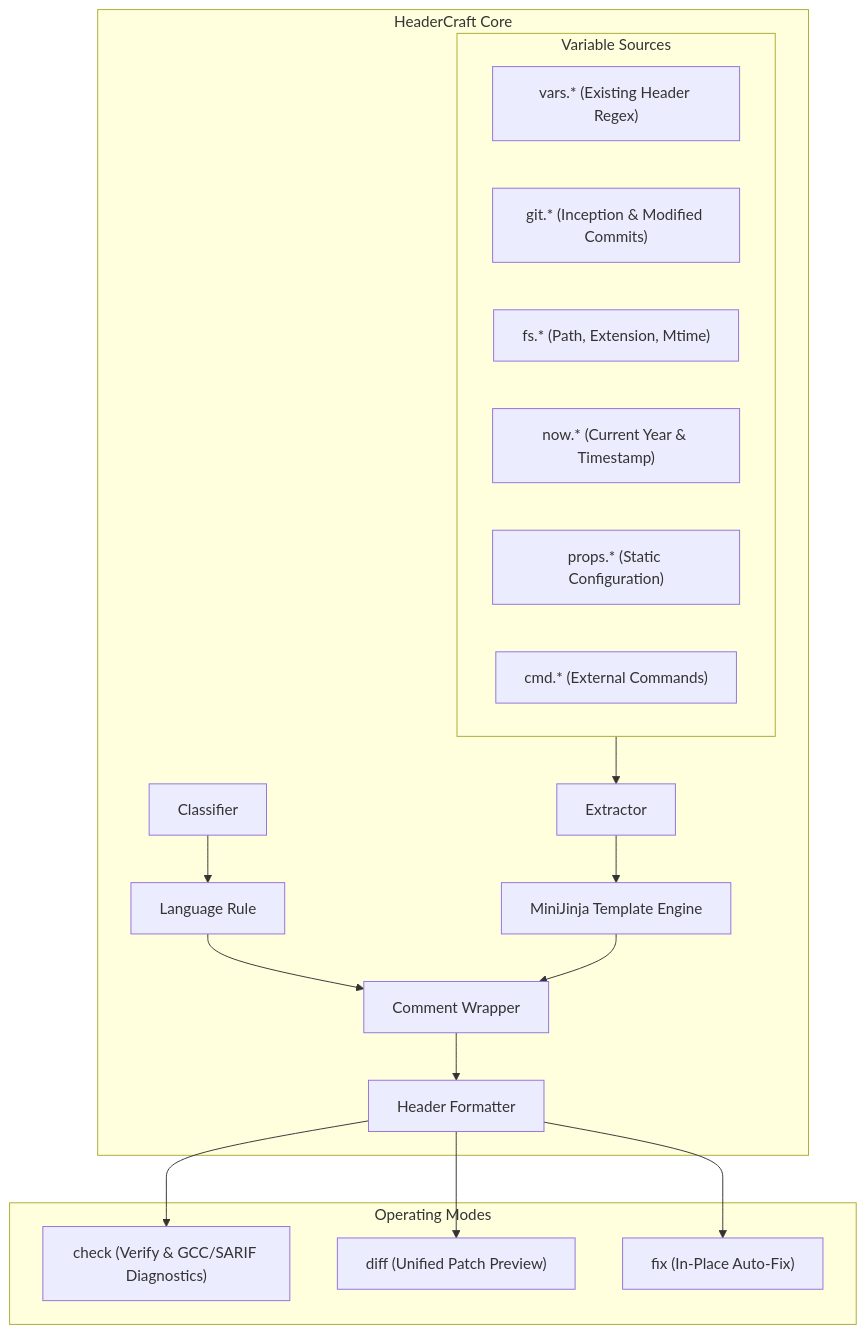
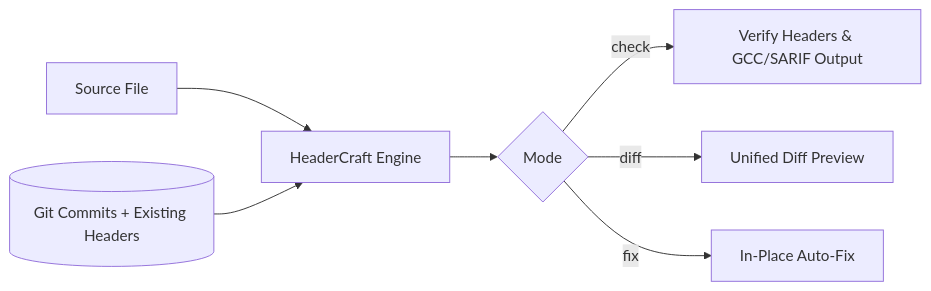
Before and after one commit to macintorsten/headercraft: the diagram in README.md, drawn with Mermaid. The commit also changed other lines of this file, not shown here.

Commit message:
docs: streamline README.md with concise overview and simplified flowchart

````diff
--- a/README.md
+++ b/README.md
@@ -41,26 +27,9 @@
 ```mermaid
-graph TD
-    subgraph Sources [Variable Sources]
-        V["vars.* (Existing Header Regex)"]
-        G["git.* (Inception & Modified Commits)"]
-        F["fs.* (Path, Extension, Mtime)"]
-        N["now.* (Current Year & Timestamp)"]
-        P["props.* (Static Configuration)"]
-        C["cmd.* (External Commands)"]
-    end
-
-    subgraph Engine [HeaderCraft Core]
-        CF[Classifier] --> R[Language Rule]
-        Sources --> E[Extractor]
-        E --> MJ[MiniJinja Template Engine]
-        R --> CW[Comment Wrapper]
-        MJ --> CW
-        CW --> Formatter[Header Formatter]
-    end
-
-    subgraph Operations [Operating Modes]
-        Formatter --> Check["check (Verify & GCC/SARIF Diagnostics)"]
-        Formatter --> Diff["diff (Unified Patch Preview)"]
-        Formatter --> Fix["fix (In-Place Auto-Fix)"]
-    end
+flowchart LR
+    A[Source File] --> B[HeaderCraft Engine]
+    M[(Git Commits + Existing Headers)] --> B
+    B --> C{Mode}
+    C -->|check| D[Verify Headers & GCC/SARIF Output]
+    C -->|diff| E[Unified Diff Preview]
+    C -->|fix| F[In-Place Auto-Fix]
 ```
````
